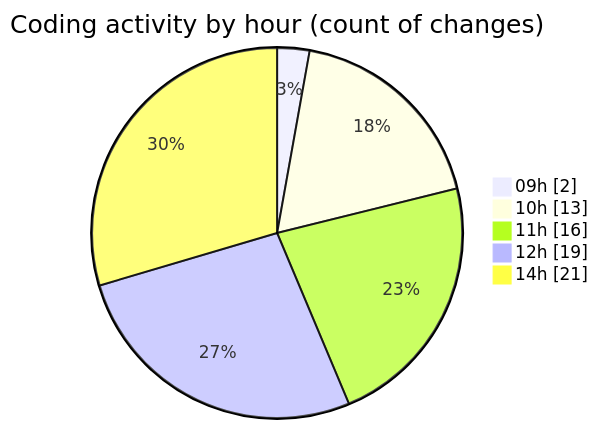
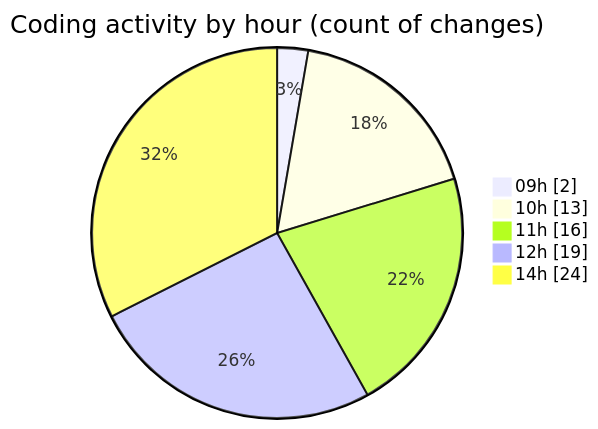
The second of 2 diagrams in 2025-07-02/cda/README.md (momahboobian/code-tracking), drawn with Mermaid before and after one commit. The commit also changed other lines of this file and 1 other file, not shown here.

````diff
--- a/2025-07-02/cda/README.md
+++ b/2025-07-02/cda/README.md
@@ -41,9 +41,9 @@
 ```mermaid
 pie showData
 title Coding activity by hour (count of changes)
 "09h" : 2
 "10h" : 13
 "11h" : 16
 "12h" : 19
-"14h" : 21
+"14h" : 24
 ```
````
